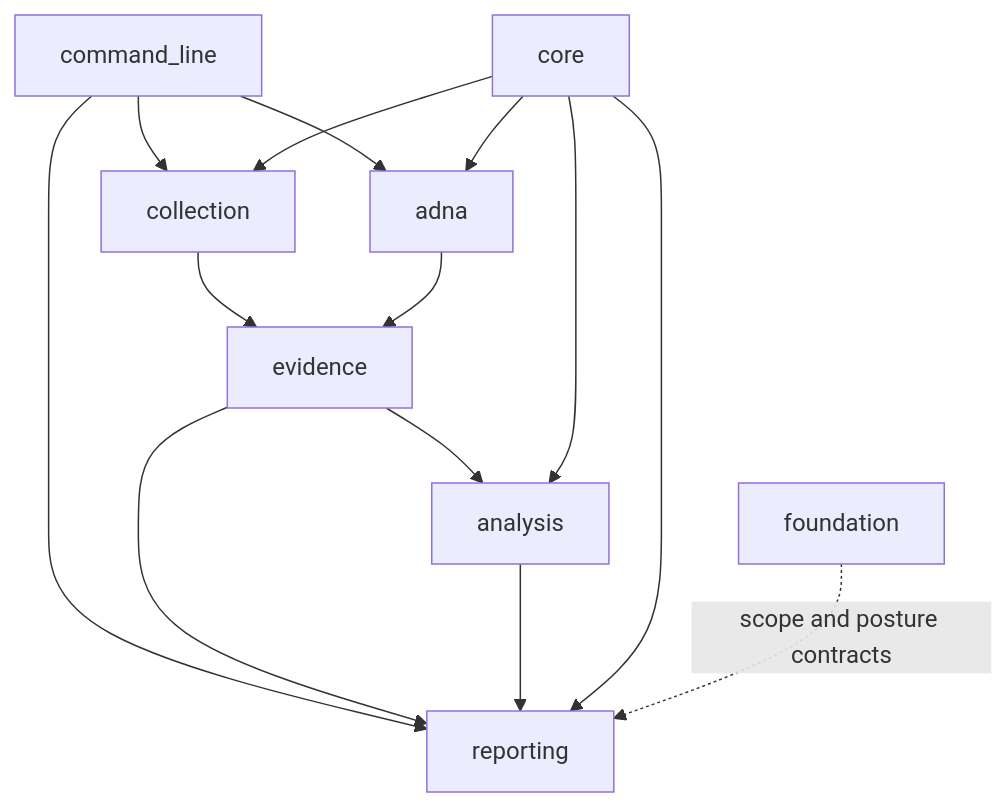
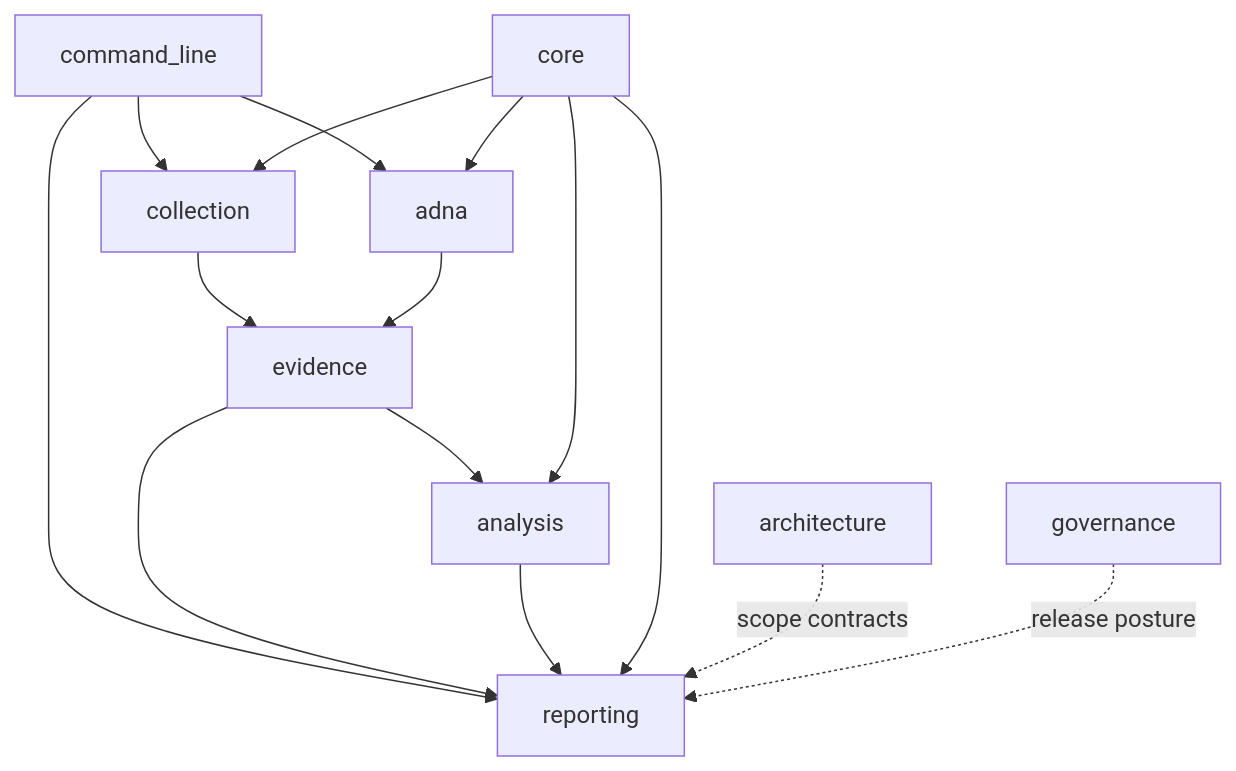
Before and after one commit to bijux/bijux-pollenomics: the first of 3 diagrams in docs/public/pollenomics/architecture/module-map.md, drawn with Mermaid. The commit also changed other lines of this file and 38 other files, not shown here.

````diff
--- a/docs/public/pollenomics/architecture/module-map.md
+++ b/docs/public/pollenomics/architecture/module-map.md
@@ -53,16 +56,17 @@
 ```mermaid
 flowchart TB
     Command["command_line"] --> Collection["collection"]
     Command --> Animal["adna"]
     Command --> Publication["reporting"]
     Collection --> Evidence["evidence"]
     Animal --> Evidence
     Evidence --> Analysis["analysis"]
     Evidence --> Publication
     Analysis --> Publication
     Core["core"] --> Collection
     Core --> Animal
     Core --> Analysis
     Core --> Publication
-    Foundation["foundation"] -. "scope and posture contracts" .-> Publication
+    Architecture["architecture"] -. "scope contracts" .-> Publication
+    Governance["governance"] -. "release posture" .-> Publication
 ```
````
